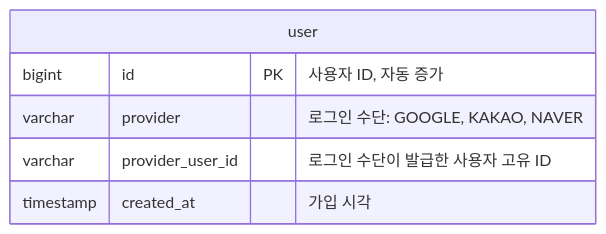
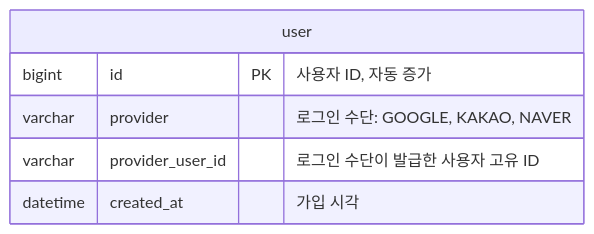
Before and after one commit to f-lab-edu/jipsee: the second of 8 diagrams in docs/erd.md, drawn with Mermaid. The commit also changed other lines of this file and 1 other file, not shown here.

Commit message:
docs: 시각 컬럼 DATETIME 전환, 원본 보존 문구 정정, 사용승인일 없는 경우 연도 대조 생략

````diff
--- a/docs/erd.md
+++ b/docs/erd.md
@@ -38,9 +38,9 @@
 ```mermaid
 erDiagram
     user {
         bigint id PK "사용자 ID, 자동 증가"
         varchar provider "로그인 수단: GOOGLE, KAKAO, NAVER"
         varchar provider_user_id "로그인 수단이 발급한 사용자 고유 ID"
-        timestamp created_at "가입 시각"
+        datetime created_at "가입 시각"
     }
 ```
````
